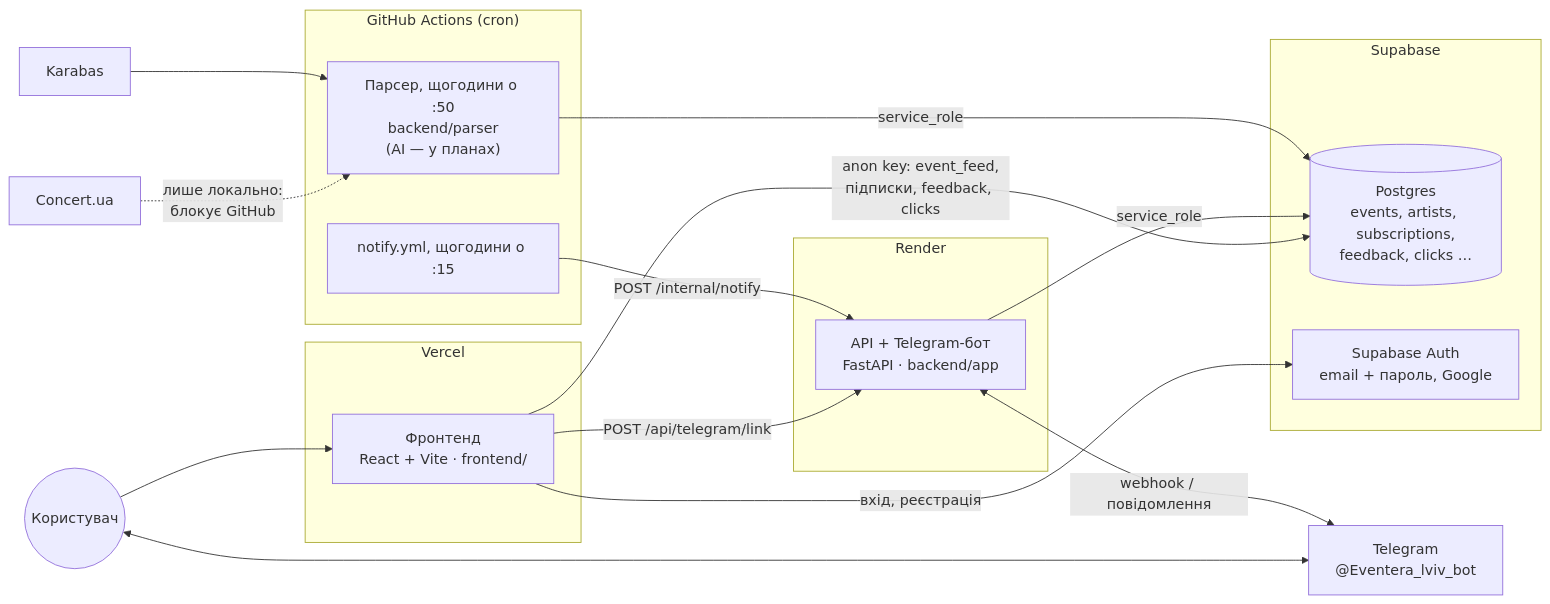
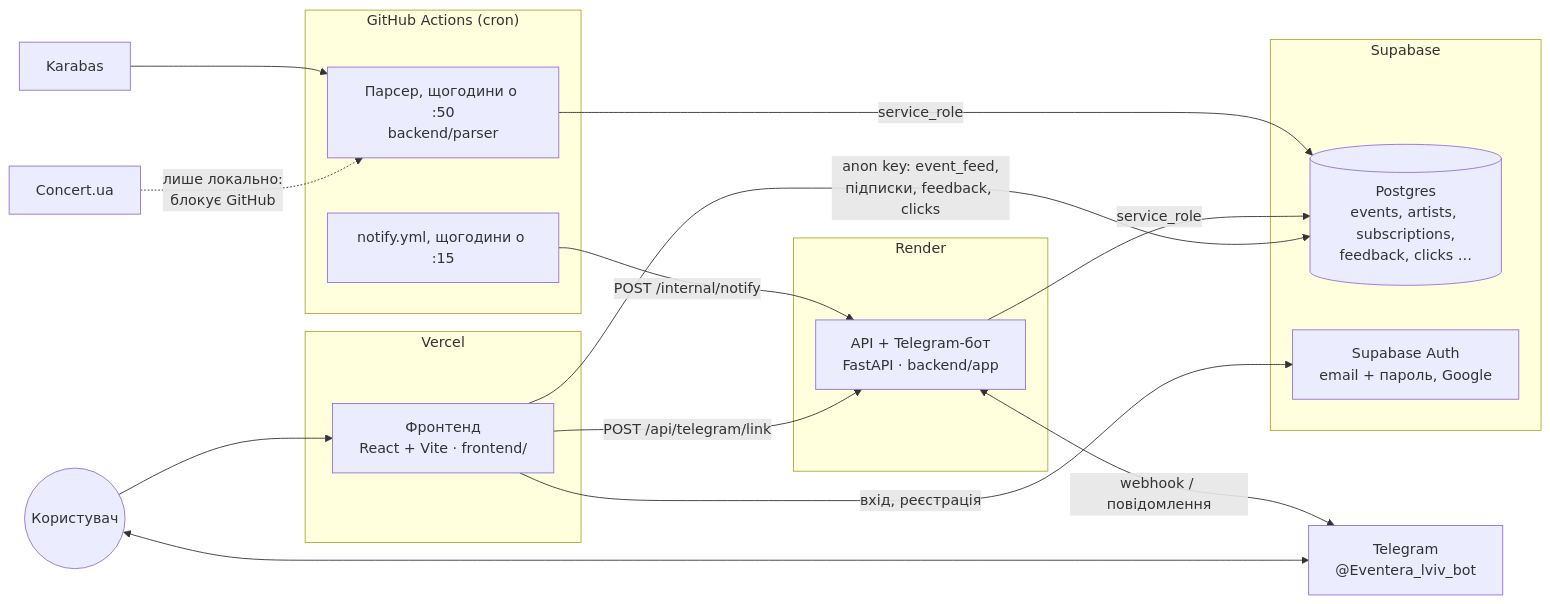
The diagram in README.md (anastasiialem/Eventera), drawn with Mermaid before and after one commit. The commit also changed other lines of this file and 4 other files, not shown here.

````diff
--- a/README.md
+++ b/README.md
@@ -54,35 +52,35 @@
 ```mermaid
 flowchart LR
   subgraph GH["GitHub Actions (cron)"]
-    P["Парсер, щогодини о :50<br/>backend/parser<br/>(AI — у планах)"]
+    P["Парсер, щогодини о :50<br/>backend/parser"]
     N["notify.yml, щогодини о :15"]
   end
 
   S1["Karabas"] --> P
   S2["Concert.ua"] -.->|"лише локально:<br/>блокує GitHub"| P
 
   subgraph SB["Supabase"]
     DB[("Postgres<br/>events, artists, subscriptions,<br/>feedback, clicks …")]
     AUTH["Supabase Auth<br/>email + пароль, Google"]
   end
 
   P -->|"service_role"| DB
 
   subgraph R["Render"]
     API["API + Telegram-бот<br/>FastAPI · backend/app"]
   end
 
   API -->|"service_role"| DB
   N -->|"POST /internal/notify"| API
   API <-->|"webhook / повідомлення"| TG["Telegram<br/>@Eventera_lviv_bot"]
 
   subgraph V["Vercel"]
     FE["Фронтенд<br/>React + Vite · frontend/"]
   end
 
   FE -->|"anon key: event_feed,<br/>підписки, feedback, clicks"| DB
   FE -->|"вхід, реєстрація"| AUTH
   FE -->|"POST /api/telegram/link"| API
   U(("Користувач")) --> FE
   U <--> TG
 ```
````
